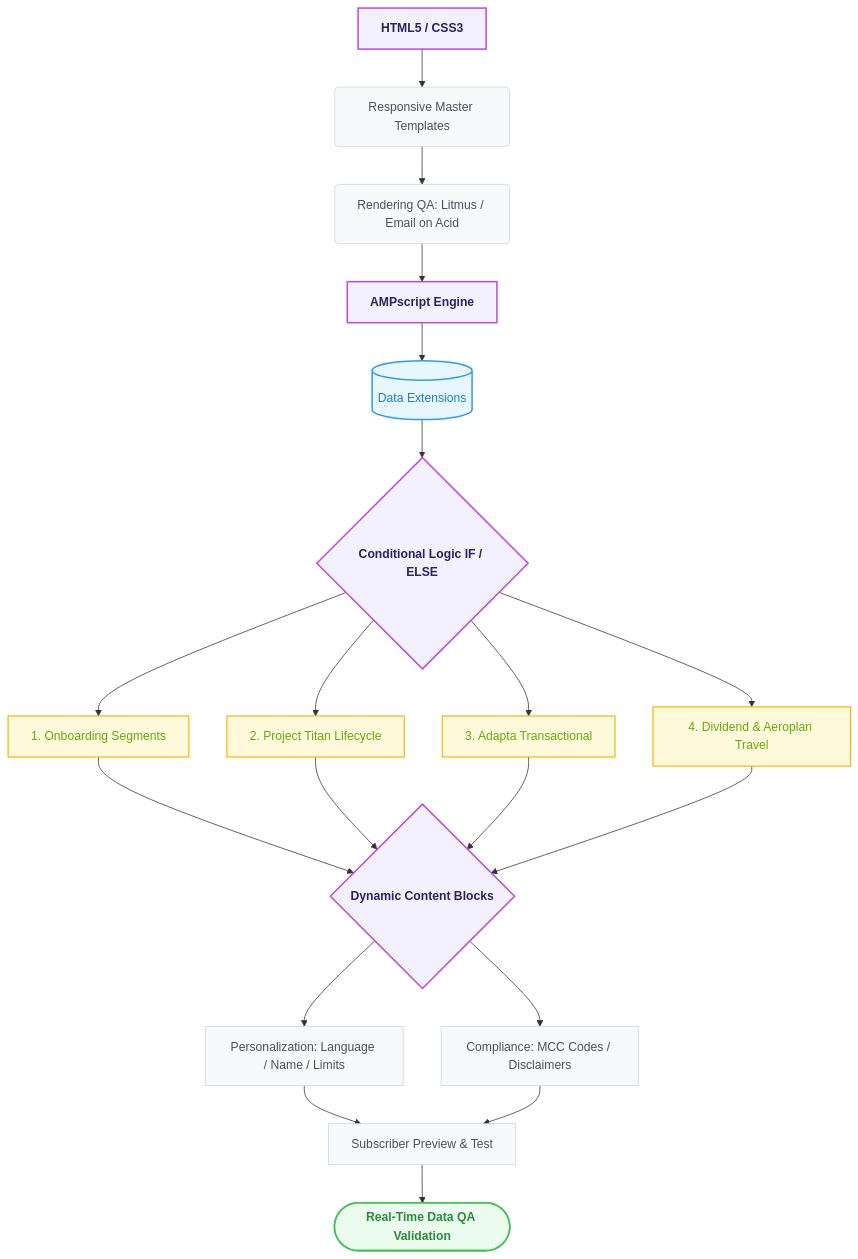
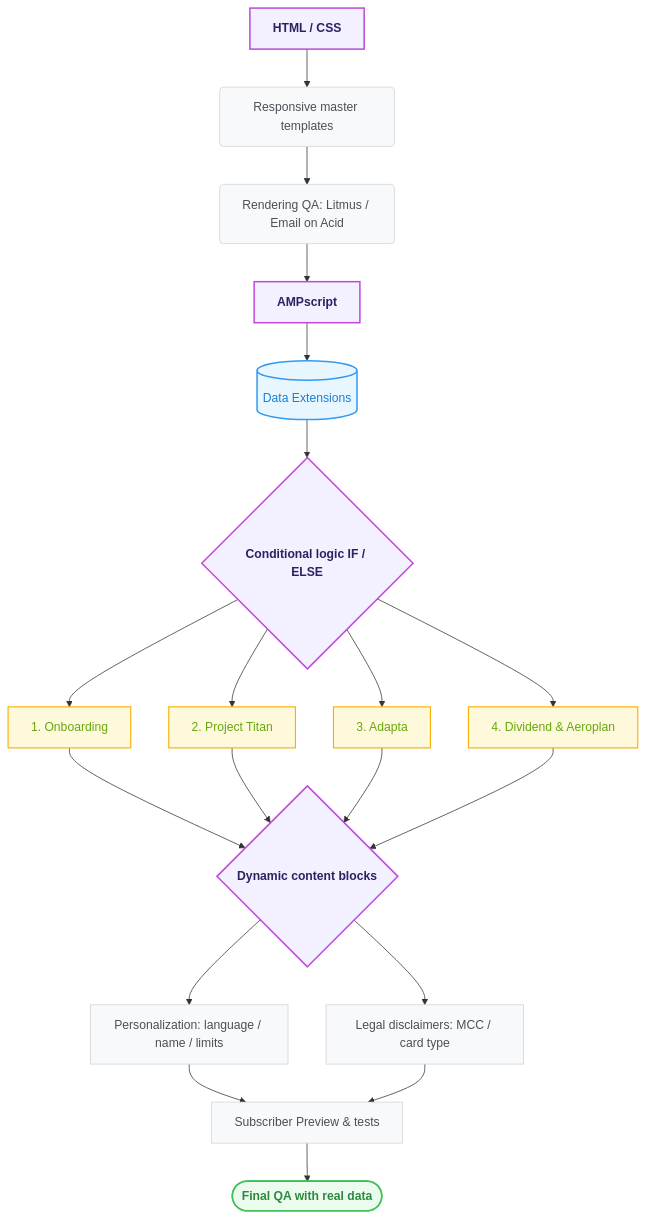
One commit to AngelikaFrontEnd/Dynamic-email-campaign-SFMC_ changed the first of 2 diagrams in readme1.md. Above: the diagram before and after it, drawn with Mermaid. The commit also changed other lines of this file, not shown here.

````diff
--- a/readme1.md
+++ b/readme1.md
@@ -104,33 +92,33 @@
 ```mermaid
 graph TD
-    A[HTML5 / CSS3] --> B(Responsive Master Templates)
+    A[HTML / CSS] --> B(Responsive master templates)
     B --> C(Rendering QA: Litmus / Email on Acid)
 
-    C --> D[AMPscript Engine]
+    C --> D[AMPscript]
     D --> E[(Data Extensions)]
-    E --> F{Conditional Logic IF / ELSE}
+    E --> F{Conditional logic IF / ELSE}
     
-    F --> G[1. Onboarding Segments]
-    F --> H[2. Project Titan Lifecycle]
-    F --> I[3. Adapta Transactional]
-    F --> J[4. Dividend & Aeroplan Travel]
+    F --> G[1. Onboarding]
+    F --> H[2. Project Titan]
+    F --> I[3. Adapta]
+    F --> J[4. Dividend & Aeroplan]
 
-    G & H & I & J --> K{Dynamic Content Blocks}
-    K --> L[Personalization: Language / Name / Limits]
-    K --> M[Compliance: MCC Codes / Disclaimers]
+    G & H & I & J --> K{Dynamic content blocks}
+    K --> L[Personalization: language / name / limits]
+    K --> M[Legal disclaimers: MCC / card type]
 
-    L & M --> N[Subscriber Preview & Test]
-    N --> O([Real-Time Data QA Validation])
+    L & M --> N[Subscriber Preview & tests]
+    N --> O([Final QA with real data])
 
     classDef tech fill:#f3f0ff,stroke:#be4bdb,stroke-width:2px,color:#2b2261,font-weight:bold;
     classDef project fill:#fff9db,stroke:#fab005,stroke-width:1.5px,color:#66a80f;
     classDef process fill:#f8f9fa,stroke:#ced4da,stroke-width:1px,color:#495057;
     classDef database fill:#e8f7ff,stroke:#339af0,stroke-width:2px,color:#1c7ed6;
     classDef success fill:#ebfbee,stroke:#40c057,stroke-width:2px,color:#2b8a3e,font-weight:bold;
 
     class A,D,F,K tech;
     class G,H,I,J project;
     class B,C,L,M,N process;
     class E database;
     class O success;
 ```
````
